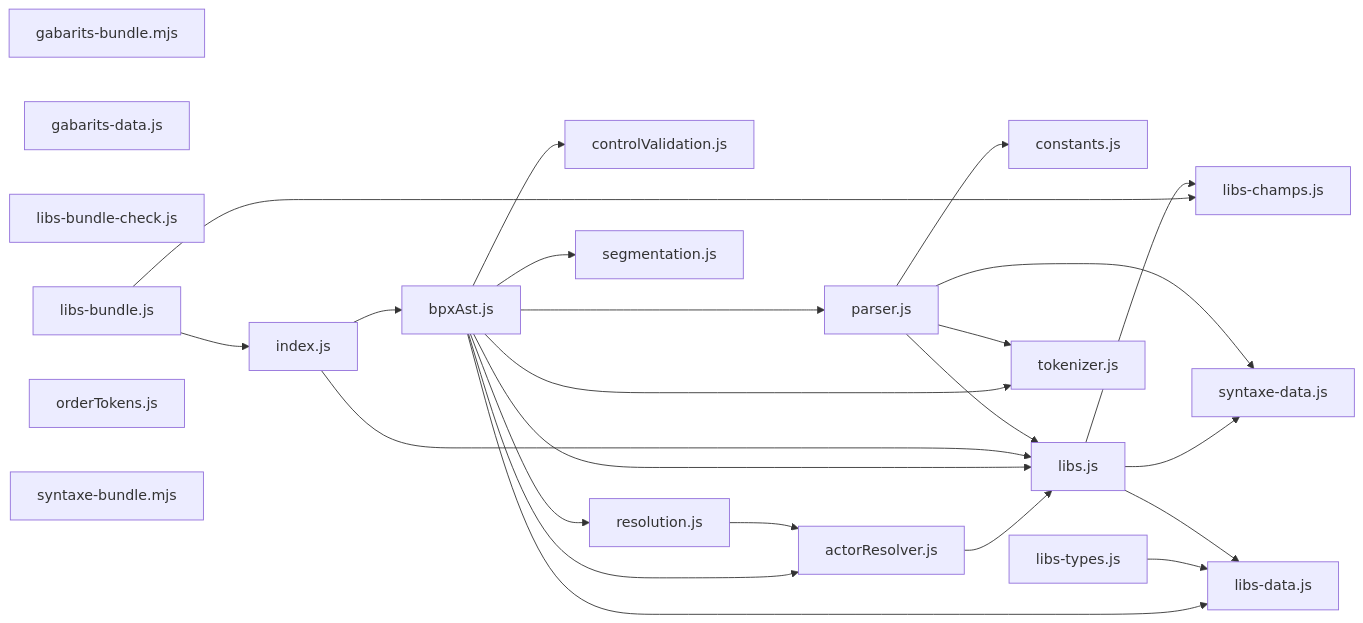
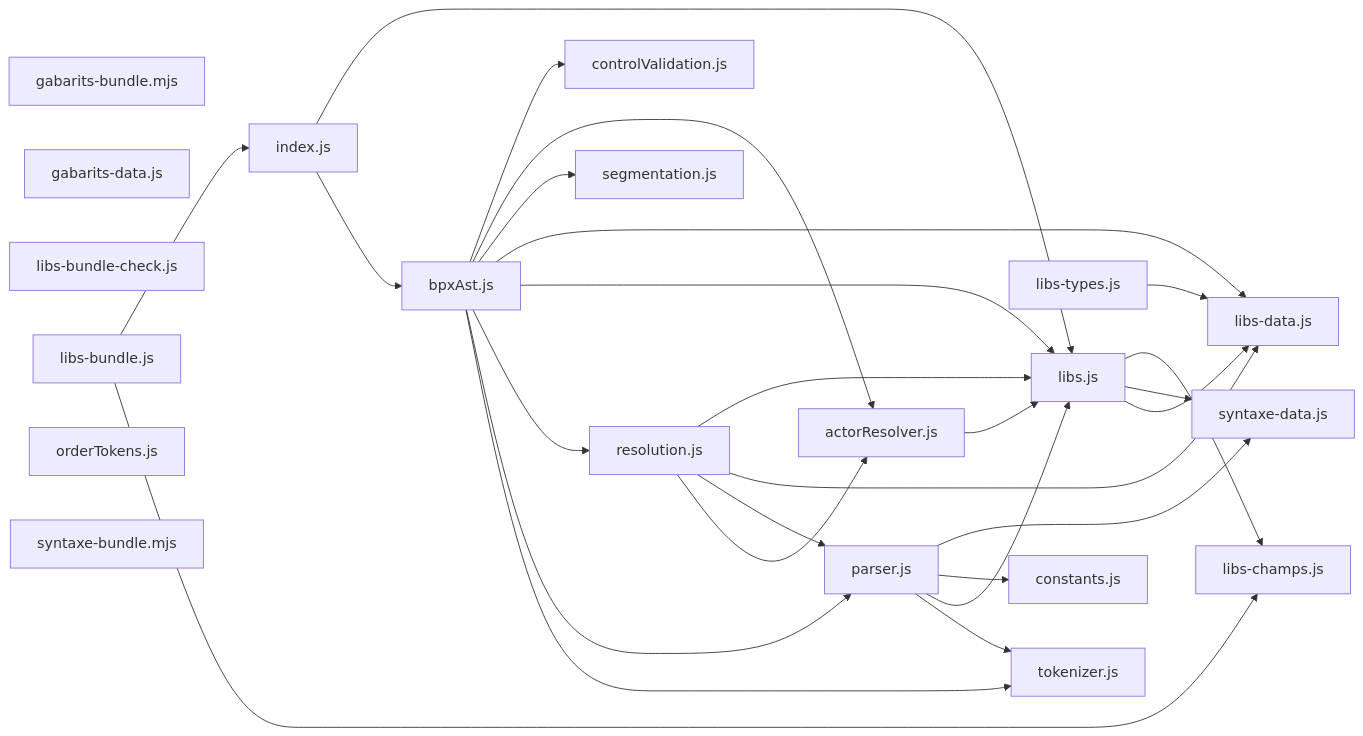
The diagram in docs/arch/carte-reel.md (roomi-fields/BPscript), drawn with Mermaid before and after one commit. The commit also changed other lines of this file and 6 other files, not shown here.

````diff
--- a/docs/arch/carte-reel.md
+++ b/docs/arch/carte-reel.md
@@ -39,45 +39,48 @@
 ```mermaid
 flowchart LR
   actorResolver_js["actorResolver.js"]
   bpxAst_js["bpxAst.js"]
   constants_js["constants.js"]
   controlValidation_js["controlValidation.js"]
   gabarits_bundle_mjs["gabarits-bundle.mjs"]
   gabarits_data_js["gabarits-data.js"]
   index_js["index.js"]
   libs_bundle_check_js["libs-bundle-check.js"]
   libs_bundle_js["libs-bundle.js"]
   libs_champs_js["libs-champs.js"]
   libs_data_js["libs-data.js"]
   libs_types_js["libs-types.js"]
   libs_js["libs.js"]
   orderTokens_js["orderTokens.js"]
   parser_js["parser.js"]
   resolution_js["resolution.js"]
   segmentation_js["segmentation.js"]
   syntaxe_bundle_mjs["syntaxe-bundle.mjs"]
   syntaxe_data_js["syntaxe-data.js"]
   tokenizer_js["tokenizer.js"]
   actorResolver_js --> libs_js
   bpxAst_js --> tokenizer_js
   bpxAst_js --> parser_js
   bpxAst_js --> resolution_js
   bpxAst_js --> libs_js
   bpxAst_js --> libs_data_js
   bpxAst_js --> segmentation_js
   bpxAst_js --> actorResolver_js
   bpxAst_js --> controlValidation_js
   index_js --> bpxAst_js
   index_js --> libs_js
   libs_bundle_js --> libs_champs_js
   libs_bundle_js --> index_js
   libs_types_js --> libs_data_js
   libs_js --> libs_data_js
   libs_js --> syntaxe_data_js
   libs_js --> libs_champs_js
   parser_js --> tokenizer_js
   parser_js --> libs_js
   parser_js --> constants_js
   parser_js --> syntaxe_data_js
   resolution_js --> actorResolver_js
+  resolution_js --> parser_js
+  resolution_js --> libs_data_js
+  resolution_js --> libs_js
 ```
````
